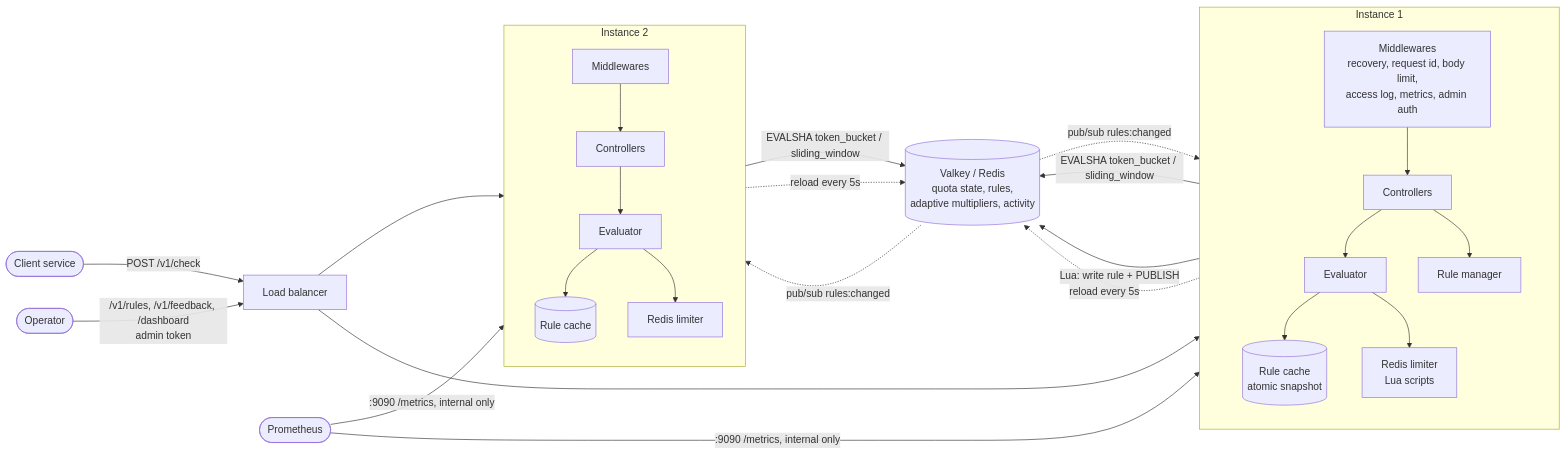
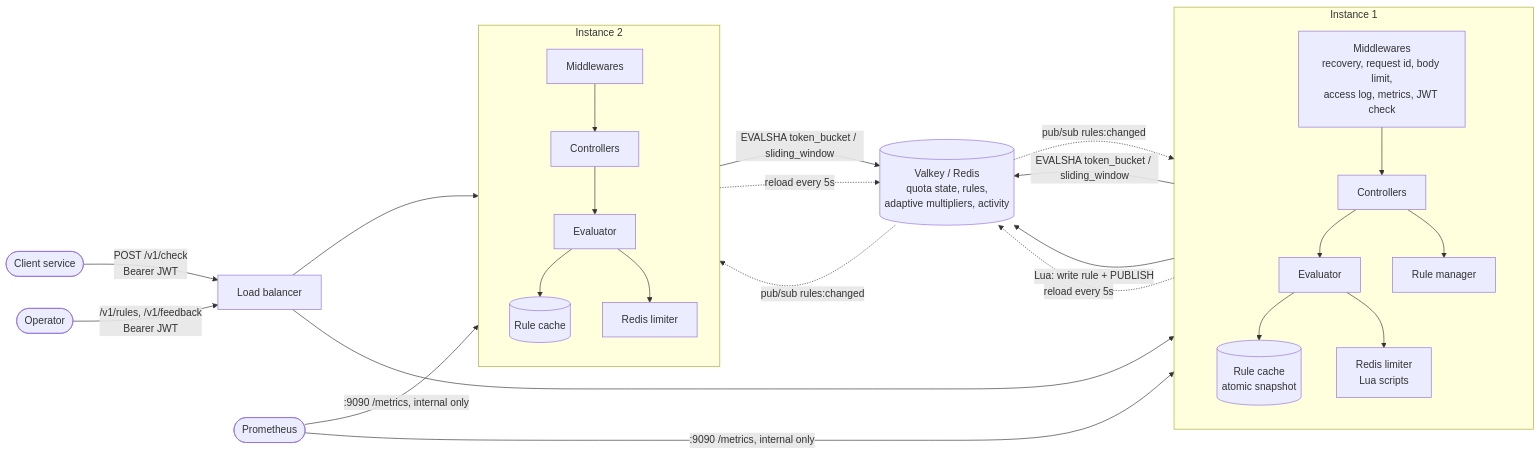
The first of 4 diagrams in docs/architecture.md (aditya1808/distributed-rate-limiter), drawn with Mermaid before and after one commit. The commit also changed 22 other files, not shown here.

First line of the commit message:
Replace admin token with JWT check; server-render public dashboard

````diff
--- a/docs/architecture.md
+++ b/docs/architecture.md
@@ -12,28 +12,28 @@
 ```mermaid
 flowchart LR
-    client([Client service]) -->|POST /v1/check| lb[Load balancer]
-    admin([Operator]) -->|/v1/rules, /v1/feedback, /dashboard<br/>admin token| lb
+    client([Client service]) -->|POST /v1/check<br/>Bearer JWT| lb[Load balancer]
+    admin([Operator]) -->|/v1/rules, /v1/feedback<br/>Bearer JWT| lb
     lb --> i1 & i2
 
     subgraph i1 [Instance 1]
         direction TB
-        mw1[Middlewares<br/>recovery, request id, body limit,<br/>access log, metrics, admin auth] --> ctl1[Controllers]
+        mw1[Middlewares<br/>recovery, request id, body limit,<br/>access log, metrics, JWT check] --> ctl1[Controllers]
         ctl1 --> ev1[Evaluator]
         ctl1 --> rm1[Rule manager]
         ev1 --> rc1[(Rule cache<br/>atomic snapshot)]
         ev1 --> lim1[Redis limiter<br/>Lua scripts]
     end
 
     subgraph i2 [Instance 2]
         direction TB
         mw2[Middlewares] --> ctl2[Controllers] --> ev2[Evaluator]
         ev2 --> rc2[(Rule cache)]
         ev2 --> lim2[Redis limiter]
     end
 
     lim1 & lim2 -->|EVALSHA token_bucket / sliding_window| redis[(Valkey / Redis<br/>quota state, rules,<br/>adaptive multipliers, activity)]
     rm1 -->|Lua: write rule + PUBLISH| redis
     redis -. pub/sub rules:changed .-> rc1 & rc2
     rc1 & rc2 -. reload every 5s .-> redis
     prom([Prometheus]) -->|:9090 /metrics, internal only| i1 & i2
 ```
````
